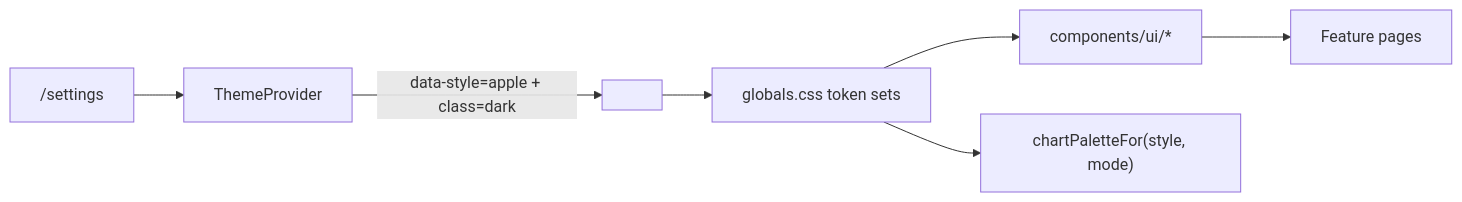
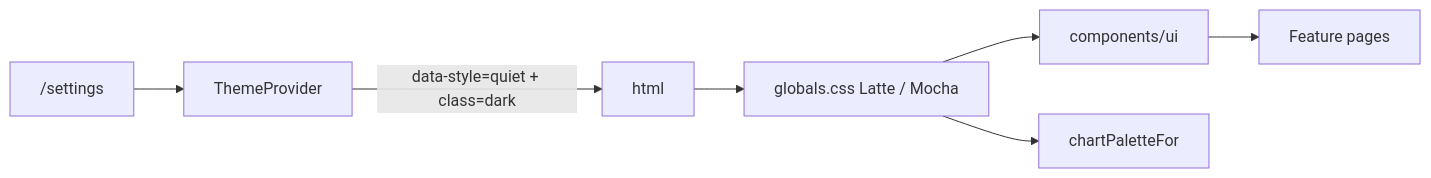
Before and after one commit to ezcafe/my-apps: the diagram in apps/docs/DESIGN_GUIDE.md, drawn with Mermaid. The commit also changed other lines of this file and 78 other files, not shown here.

````diff
--- a/apps/docs/DESIGN_GUIDE.md
+++ b/apps/docs/DESIGN_GUIDE.md
@@ -27,9 +45,9 @@
 ```mermaid
 flowchart LR
   Settings["/settings"] --> ThemeProvider
-  ThemeProvider -- "data-style=apple + class=dark" --> HtmlRoot["<html>"]
-  HtmlRoot --> Tokens["globals.css token sets"]
-  Tokens --> Primitives["components/ui/*"]
-  Tokens --> Charts["chartPaletteFor(style, mode)"]
+  ThemeProvider -- "data-style=quiet + class=dark" --> HtmlRoot["html"]
+  HtmlRoot --> Tokens["globals.css Latte / Mocha"]
+  Tokens --> Primitives["components/ui"]
+  Tokens --> Charts["chartPaletteFor"]
   Primitives --> Surfaces["Feature pages"]
 ```
````
